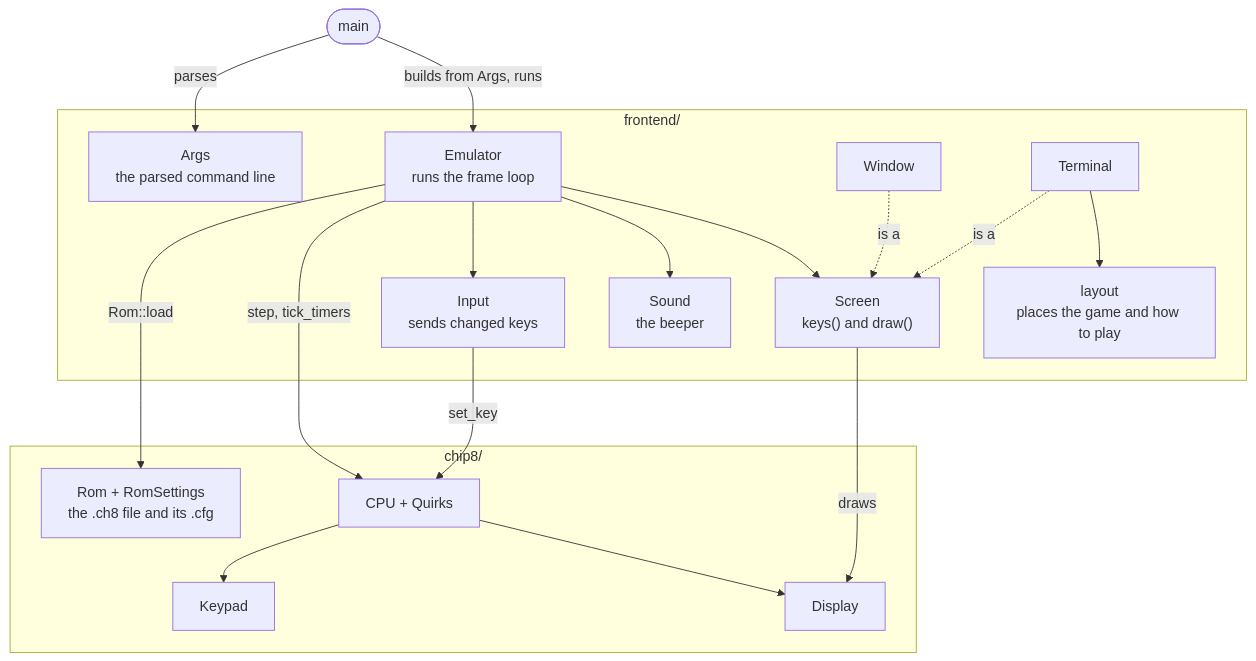
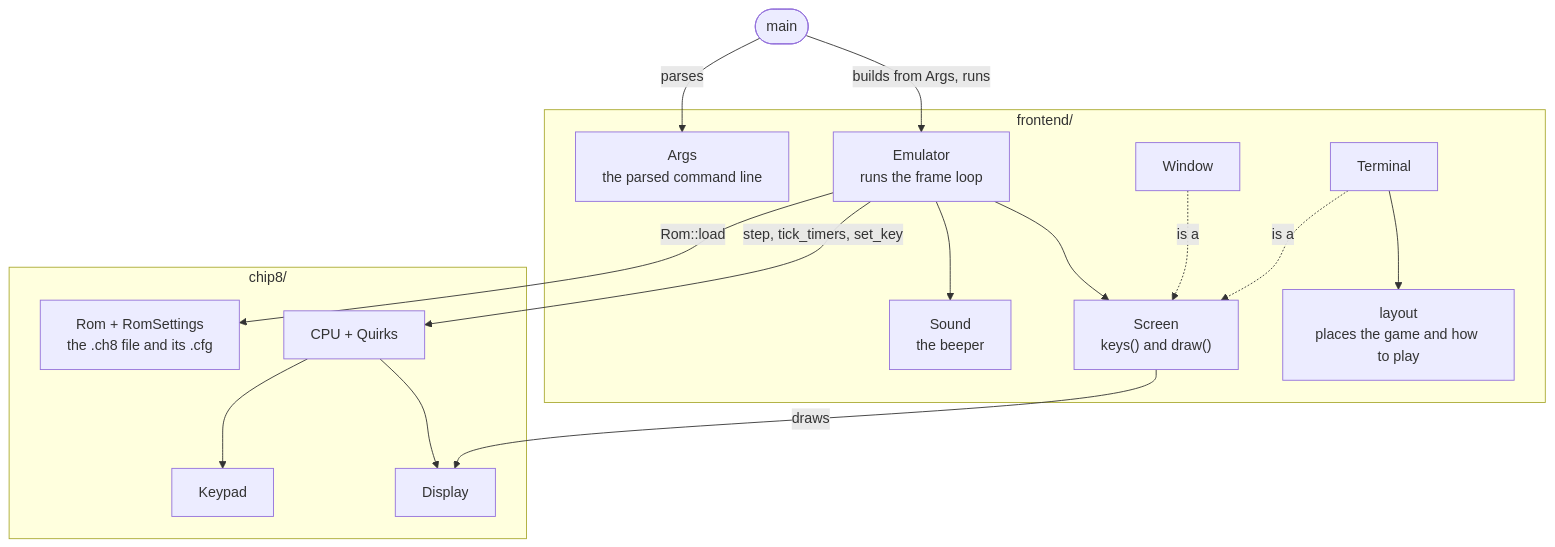
The first of 2 diagrams in README.md (ignatiusreza/chip8), drawn with Mermaid before and after one commit. The commit also changed other lines of this file and 23 other files, not shown here.

First line of the commit message:
Count only key changes in the CPU, and drop Input

````diff
--- a/README.md
+++ b/README.md
@@ -144,37 +144,34 @@
 ```mermaid
 flowchart TB
     main(["main"])
 
     subgraph frontend["frontend/"]
         args["Args<br/>the parsed command line"]
         emulator["Emulator<br/>runs the frame loop"]
         sound["Sound<br/>the beeper"]
-        input["Input<br/>sends changed keys"]
         screen["Screen<br/>keys() and draw()"]
         window["Window"]
         terminal["Terminal"]
         layout["layout<br/>places the game and how to play"]
     end
 
     subgraph core["chip8/"]
         cpu["CPU + Quirks"]
         rom["Rom + RomSettings<br/>the .ch8 file and its .cfg"]
         keypad["Keypad"]
         display["Display"]
     end
 
     main -->|parses| args
     main -->|builds from Args, runs| emulator
     emulator -->|Rom::load| rom
-    emulator -->|step, tick_timers| cpu
-    emulator --> input
+    emulator -->|step, tick_timers, set_key| cpu
     emulator --> sound
     emulator --> screen
     window -.->|is a| screen
     terminal -.->|is a| screen
     terminal --> layout
-    input -->|set_key| cpu
     screen -->|draws| display
     cpu --> keypad
     cpu --> display
 ```
````
